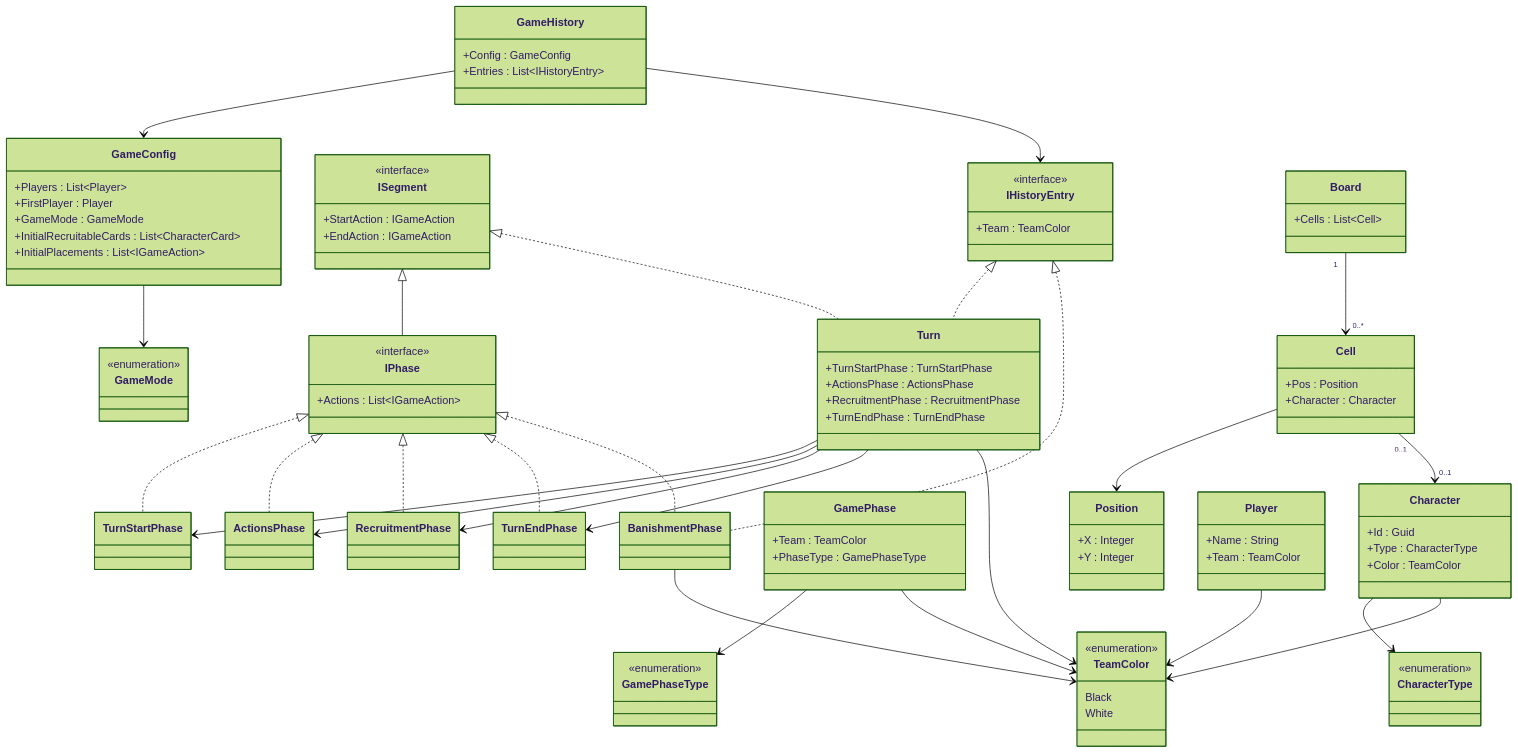
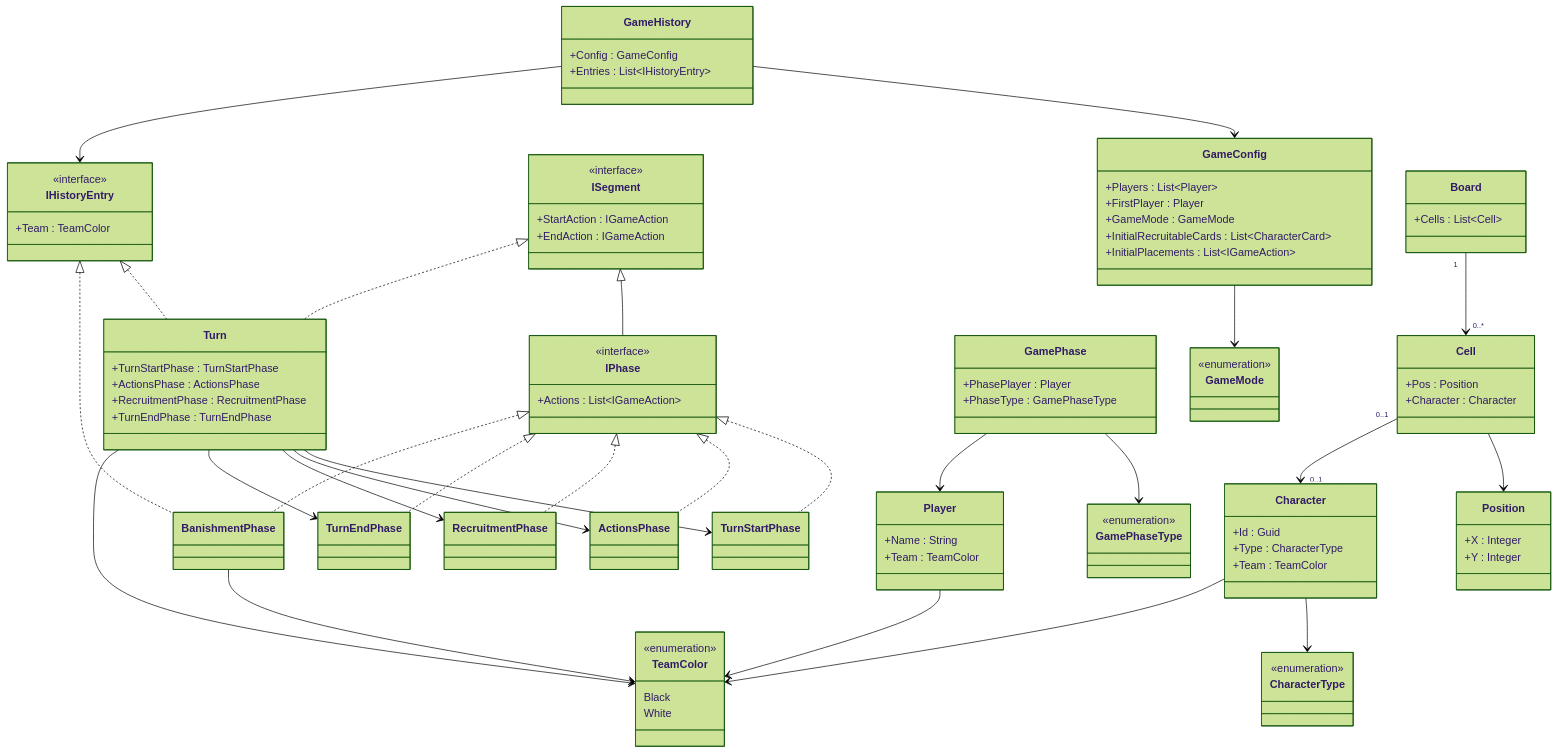
Before and after one commit to PaulRosselle/leaders_board_game: the diagram in docs/GameLogic/uml_entities_gamelogic.mmd, drawn with Mermaid (forest theme). The commit also changed 18 other files, not shown here.

```diff
--- a/docs/GameLogic/uml_entities_gamelogic.mmd
+++ b/docs/GameLogic/uml_entities_gamelogic.mmd
@@ -1,130 +1,130 @@
 classDiagram
     direction TB
 
     %% Enums
     class TeamColor {
         <<enumeration>>
         Black
         White
     }
 
     class CharacterType {
         <<enumeration>>
     }
 
     class GameMode {
         <<enumeration>>
     }
 
     class GamePhaseType {
         <<enumeration>>
     }
 
     %% Interfaces
     class IHistoryEntry {
         <<interface>>
         +Team : TeamColor
     }
 
     class ISegment {
         <<interface>>
         +StartAction : IGameAction
         +EndAction : IGameAction
     }
 
     class IPhase {
         <<interface>>
         +Actions : List~IGameAction~
     }
 
     %% Phases
     class TurnStartPhase
     class ActionsPhase
     class RecruitmentPhase
     class TurnEndPhase
     class BanishmentPhase
 
     %% Turn
     class Turn {
         +TurnStartPhase : TurnStartPhase
         +ActionsPhase : ActionsPhase
         +RecruitmentPhase : RecruitmentPhase
         +TurnEndPhase : TurnEndPhase
     }
 
     %% History
     class GameConfig {
         +Players : List~Player~
         +FirstPlayer : Player
         +GameMode : GameMode
         +InitialRecruitableCards : List~CharacterCard~
         +InitialPlacements : List~IGameAction~
     }
 
     class GameHistory {
         +Config : GameConfig
         +Entries : List~IHistoryEntry~
     }
 
     class GamePhase {
-        +Team : TeamColor
+        +PhasePlayer : Player
         +PhaseType : GamePhaseType
     }
 
     %% Entités
     class Position {
         +X : Integer
         +Y : Integer
     }
 
     class Character {
         +Id : Guid
         +Type : CharacterType
-        +Color : TeamColor
+        +Team : TeamColor
     }
 
     class Cell {
         +Pos : Position
         +Character : Character
     }
 
     class Board {
         +Cells : List~Cell~
     }
 
     class Player {
         +Name : String
         +Team : TeamColor
     }
 
     %% Héritage interfaces
     ISegment <|-- IPhase
     IPhase <|.. TurnStartPhase
     IPhase <|.. ActionsPhase
     IPhase <|.. RecruitmentPhase
     IPhase <|.. TurnEndPhase
     IPhase <|.. BanishmentPhase
     ISegment <|.. Turn
     IHistoryEntry <|.. Turn
     IHistoryEntry <|.. BanishmentPhase
 
     %% Relations structurelles
     GameHistory --> GameConfig
     GameHistory --> IHistoryEntry
     Turn --> TurnStartPhase
     Turn --> ActionsPhase
     Turn --> RecruitmentPhase
     Turn --> TurnEndPhase
     Turn --> TeamColor
     BanishmentPhase --> TeamColor
     Board "1" --> "0..*" Cell
     Cell --> Position
     Cell "0..1" --> "0..1" Character
 
     %% Relations vers enums
     Character --> CharacterType
     Character --> TeamColor
     GamePhase --> GamePhaseType
-    GamePhase --> TeamColor
+    GamePhase --> Player
     Player --> TeamColor
     GameConfig --> GameMode
```
